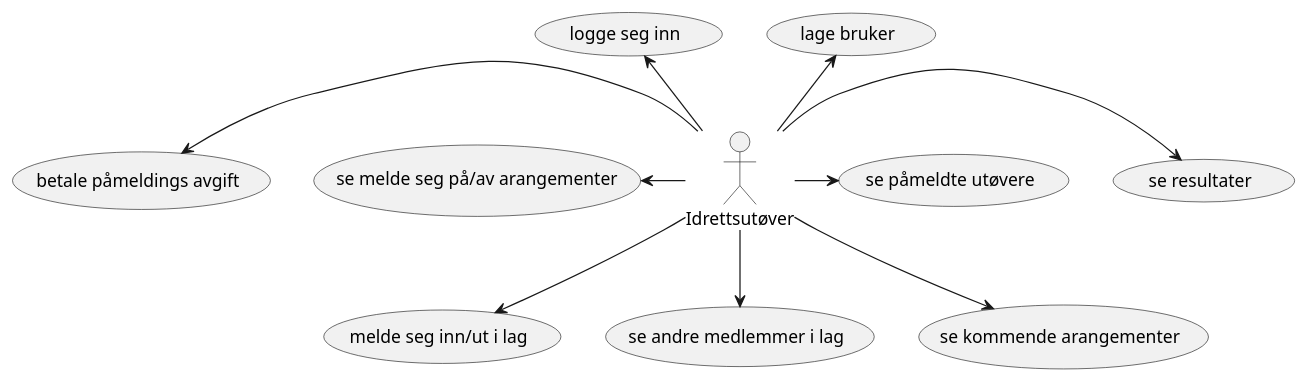
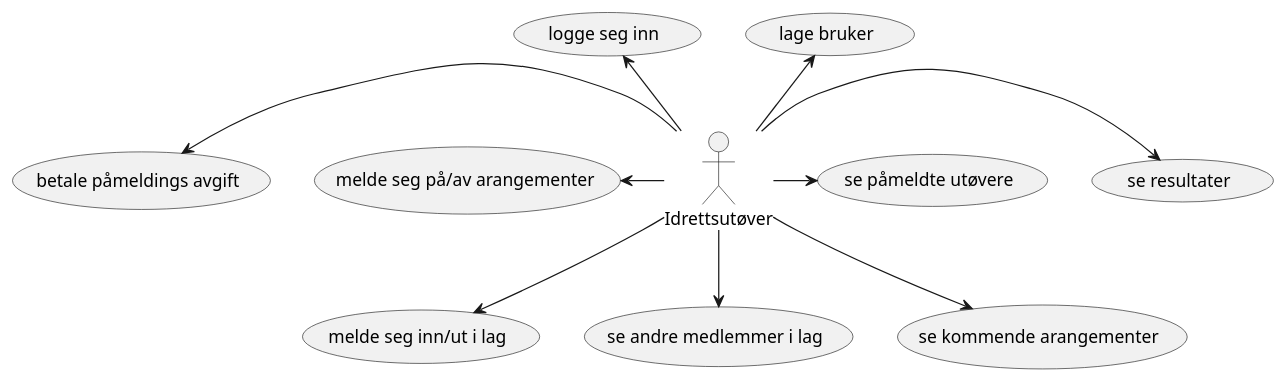
One commit to tobbibias/GruppeOppgaven-H2019-Gruppe-11 changed the diagram in idrettsutover.puml. Above: the diagram before and after it, drawn with PlantUML. The commit also changed 1 other file, not shown here.

```diff
--- a/idrettsutover.puml
+++ b/idrettsutover.puml
@@ -1,15 +1,15 @@
 @startuml
 
 :Idrettsutøver:
 
 Idrettsutøver -up-> (lage bruker)
 Idrettsutøver -up-> (logge seg inn)
 Idrettsutøver --> (melde seg inn/ut i lag)
 Idrettsutøver --> (se andre medlemmer i lag)
 Idrettsutøver --> (se kommende arangementer)
 Idrettsutøver -right-> (se resultater)
-Idrettsutøver -left-> (se melde seg på/av arangementer)
+Idrettsutøver -left-> (melde seg på/av arangementer)
 Idrettsutøver -left-> (betale påmeldings avgift)
 Idrettsutøver -right-> (se påmeldte utøvere)
 
 @enduml
```
